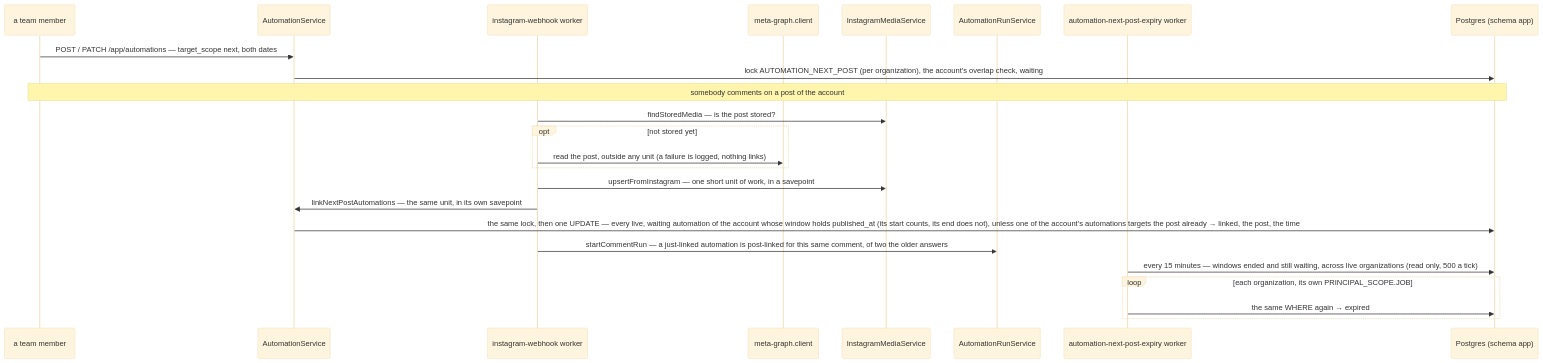
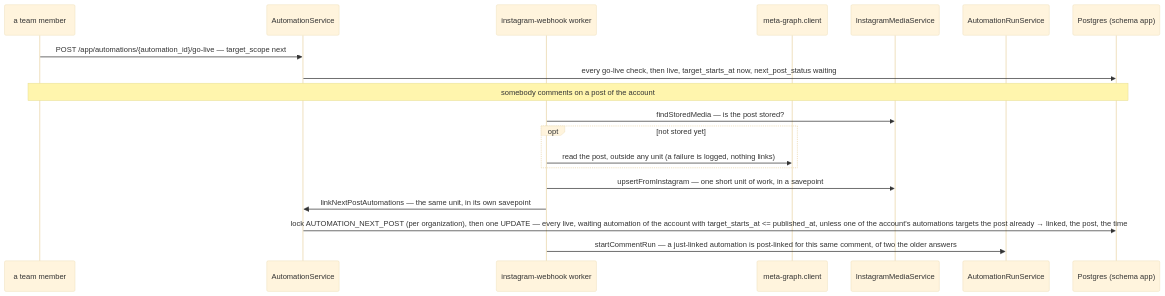
Before and after one commit to albetrios/meepzo-be: diagram 15 of 16 in src/FLOWS.md, drawn with Mermaid (base theme). The commit also changed other lines of this file and 110 other files, not shown here.

First line of the commit message:
feat(app): iteration row R13 — shared automations keyed by the channel account, routes 27–35, counts and reply states, the go-live list over the feature check

````diff
--- a/src/FLOWS.md
+++ b/src/FLOWS.md
@@ -847,27 +845,22 @@
 ```mermaid
 sequenceDiagram
   participant Team as a team member
   participant Automation as AutomationService
   participant Worker as instagram-webhook worker
   participant Instagram as meta-graph.client
   participant Media as InstagramMediaService
   participant Engine as AutomationRunService
-  participant Expiry as automation-next-post-expiry worker
   participant DB as Postgres (schema app)
 
-  Team->>Automation: POST / PATCH /app/automations — target_scope next, both dates
-  Automation->>DB: lock AUTOMATION_NEXT_POST (per organization), the account's overlap check, waiting
+  Team->>Automation: POST /app/automations/{automation_id}/go-live — target_scope next
+  Automation->>DB: every go-live check, then live, target_starts_at now, next_post_status waiting
   Note over Team,DB: somebody comments on a post of the account
   Worker->>Media: findStoredMedia — is the post stored?
   opt not stored yet
     Worker->>Instagram: read the post, outside any unit (a failure is logged, nothing links)
   end
   Worker->>Media: upsertFromInstagram — one short unit of work, in a savepoint
   Worker->>Automation: linkNextPostAutomations — the same unit, in its own savepoint
-  Automation->>DB: the same lock, then one UPDATE — every live, waiting automation of the account whose window holds published_at (its start counts, its end does not), unless one of the account's automations targets the post already → linked, the post, the time
+  Automation->>DB: lock AUTOMATION_NEXT_POST (per organization), then one UPDATE — every live, waiting automation of the account with target_starts_at <= published_at, unless one of the account's automations targets the post already → linked, the post, the time
   Worker->>Engine: startCommentRun — a just-linked automation is post-linked for this same comment, of two the older answers
-  Expiry->>DB: every 15 minutes — windows ended and still waiting, across live organizations (read only, 500 a tick)
-  loop each organization, its own PRINCIPAL_SCOPE.JOB
-    Expiry->>DB: the same WHERE again → expired
-  end
 ```
````
